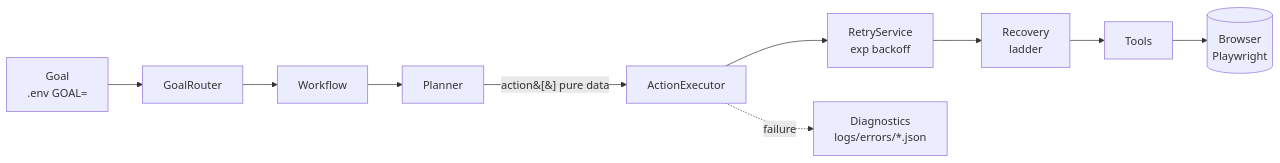
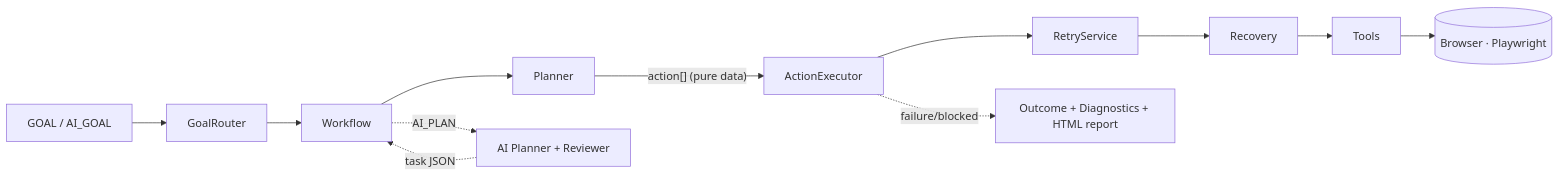
The diagram in README.md (Chhavi07-arch/website-automation-agent), drawn with Mermaid before and after one commit. The commit also changed other lines of this file and 48 other files, not shown here.

````diff
--- a/README.md
+++ b/README.md
@@ -70,12 +46,11 @@
 ```mermaid
 flowchart LR
-    A[Goal<br/>.env GOAL=] --> B[GoalRouter]
-    B --> C[Workflow]
-    C --> D[Planner]
-    D -->|action&#91;&#93; pure data| E[ActionExecutor]
-    E --> F[RetryService<br/>exp backoff]
-    F --> G[Recovery<br/>ladder]
-    G --> H[Tools]
-    H --> I[(Browser<br/>Playwright)]
-    E -.failure.-> J[Diagnostics<br/>logs/errors/*.json]
+    GOAL["GOAL / AI_GOAL"] --> RT[GoalRouter]
+    RT --> WF[Workflow]
+    WF --> PL[Planner]
+    PL -->|"action[] (pure data)"| EX[ActionExecutor]
+    EX --> RS[RetryService] --> RC[Recovery]
+    RC --> T[Tools] --> B[(Browser · Playwright)]
+    WF -. AI_PLAN .-> AIP[AI Planner + Reviewer] -. task JSON .-> WF
+    EX -. failure/blocked .-> D[Outcome + Diagnostics + HTML report]
 ```
````
